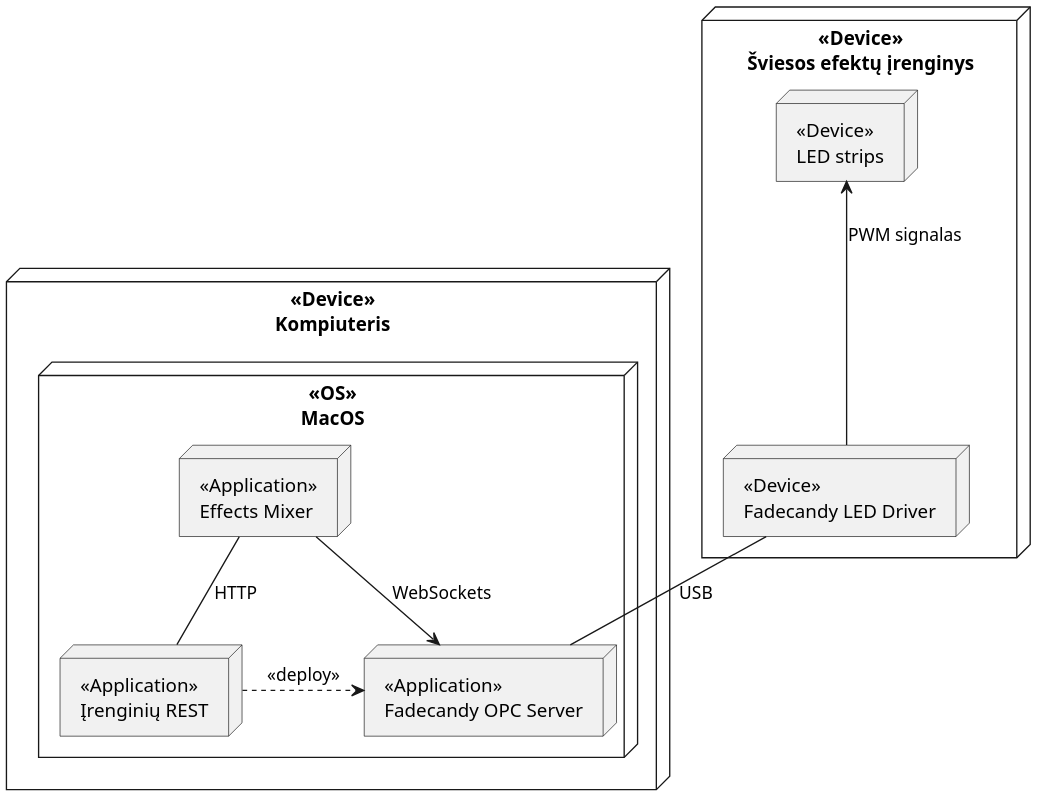
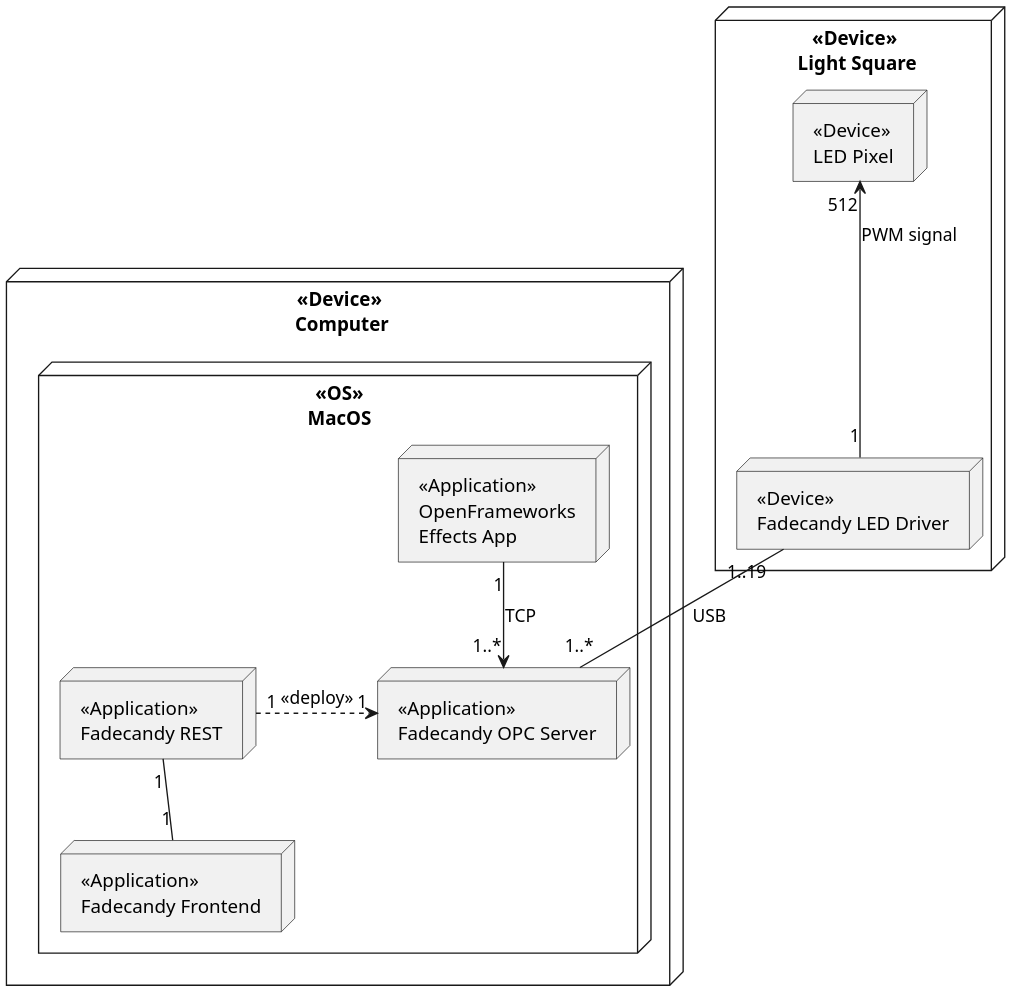
One commit to simonas-dev/light-square changed the diagram in docs/deployment_diagram.wsd. Above: the diagram before and after it, drawn with PlantUML. The commit also changed 100 other files, not shown here.

```diff
--- a/docs/deployment_diagram.wsd
+++ b/docs/deployment_diagram.wsd
@@ -1,26 +1,25 @@
 @startuml
 scale 2
 
 
-node "<<Device>>\nŠviesos efektų įrenginys" as light_box {
+node "<<Device>>\n Light Square" as light_box {
     node "<<Device>>\nFadecandy LED Driver" as fadecandy
-    node "<<Device>>\nLED strips" as led
-    led <-- fadecandy : "PWM signalas"
+    node "<<Device>>\nLED Pixel" as led
+    led "512" <-- "1" fadecandy : "PWM signal"
 }
 
 
-node "<<Device>>\nKompiuteris" as pc {
+node "<<Device>>\n Computer" as pc {
     node "<<OS>>\nMacOS" as macOS {
-        node "<<Application>>\nĮrenginių REST" as rest 
+        node "<<Application>>\nFadecandy REST" as rest 
+        node "<<Application>>\nFadecandy Frontend" as frontend 
         node "<<Application>>\nFadecandy OPC Server" as opc
-        node "<<Application>>\nEffects Mixer" as of
-
-        fadecandy -- opc : USB
-        rest .> opc : <<deploy>>
-        of -- rest : HTTP
-        of --> opc : WebSockets
+        node "<<Application>>\nOpenFrameworks\nEffects App" as of
+        fadecandy "1..19" -- "1..*" opc : USB
+        rest "1" .> "1" opc : <<deploy>>
+        of "1" --> "1..*" opc : TCP
+        rest "1" -- "1" frontend
     }
 }
 
-
 @enduml
```
